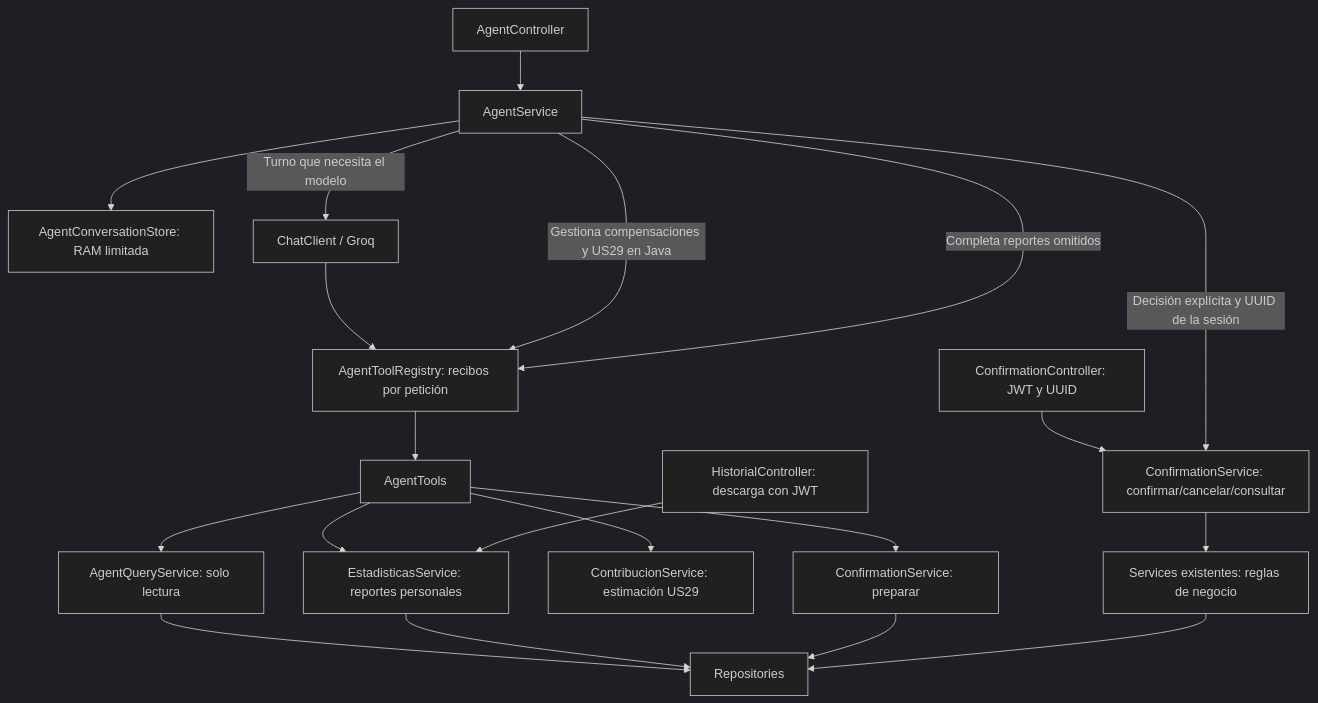
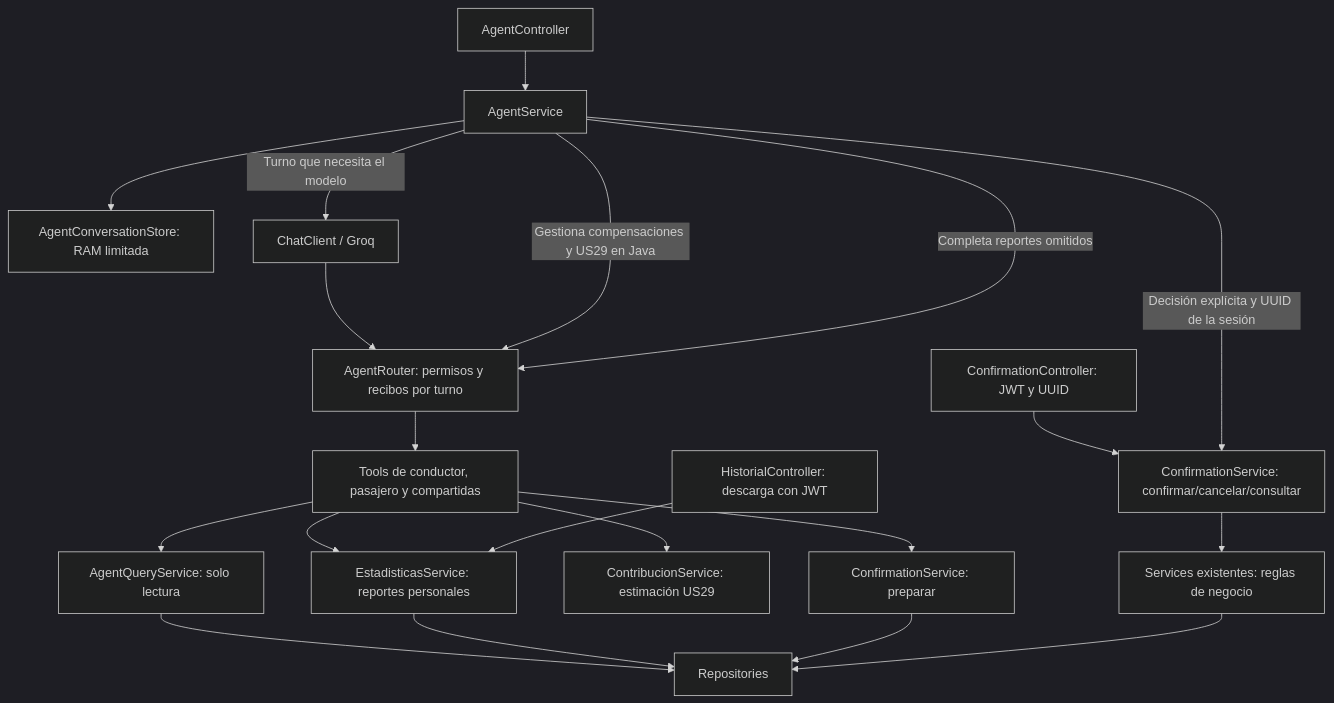
Before and after one commit to pollitoconpapass/uniride-spring-backend: the diagram in docs/agente_flujo.md, drawn with Mermaid (dark theme). The commit also changed other lines of this file and 105 other files, not shown here.

````diff
--- a/docs/agente_flujo.md
+++ b/docs/agente_flujo.md
@@ -11,22 +11,22 @@
 ```mermaid
 flowchart TD
     C[AgentController] --> S[AgentService]
     S --> M[AgentConversationStore: RAM limitada]
     S -->|Turno que necesita el modelo| CC[ChatClient / Groq]
-    CC --> R[AgentToolRegistry: recibos por petición]
+    CC --> R[AgentRouter: permisos y recibos por turno]
     S -->|Gestiona compensaciones y US29 en Java| R
     S -->|Completa reportes omitidos| R
-    R --> T[AgentTools]
+    R --> T[Tools de conductor, pasajero y compartidas]
     T --> Q[AgentQueryService: solo lectura]
     T --> A[EstadisticasService: reportes personales]
     T --> O[ContribucionService: estimación US29]
     T --> P[ConfirmationService: preparar]
     D[HistorialController: descarga con JWT] --> A
     H[ConfirmationController: JWT y UUID] --> E[ConfirmationService: confirmar/cancelar/consultar]
     S -->|Decisión explícita y UUID de la sesión| E
     E --> B[Services existentes: reglas de negocio]
     Q --> DB[Repositories]
     A --> DB
     P --> DB
     B --> DB
 ```
````
